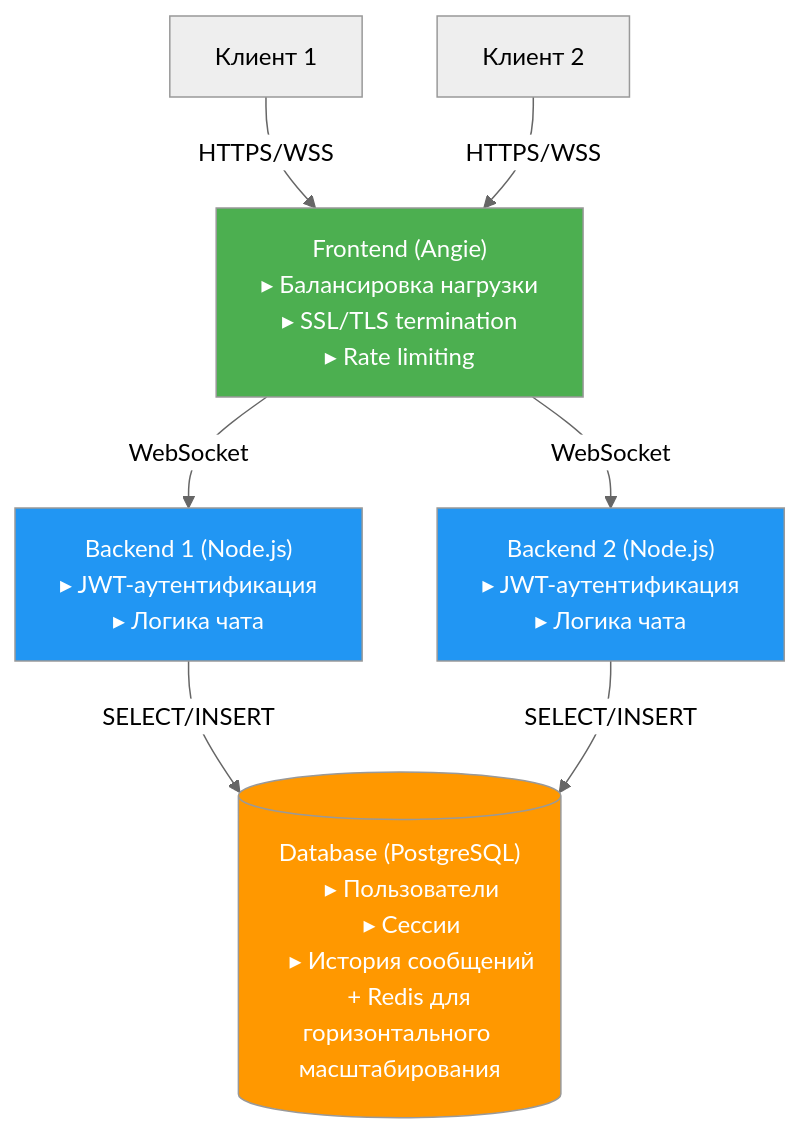
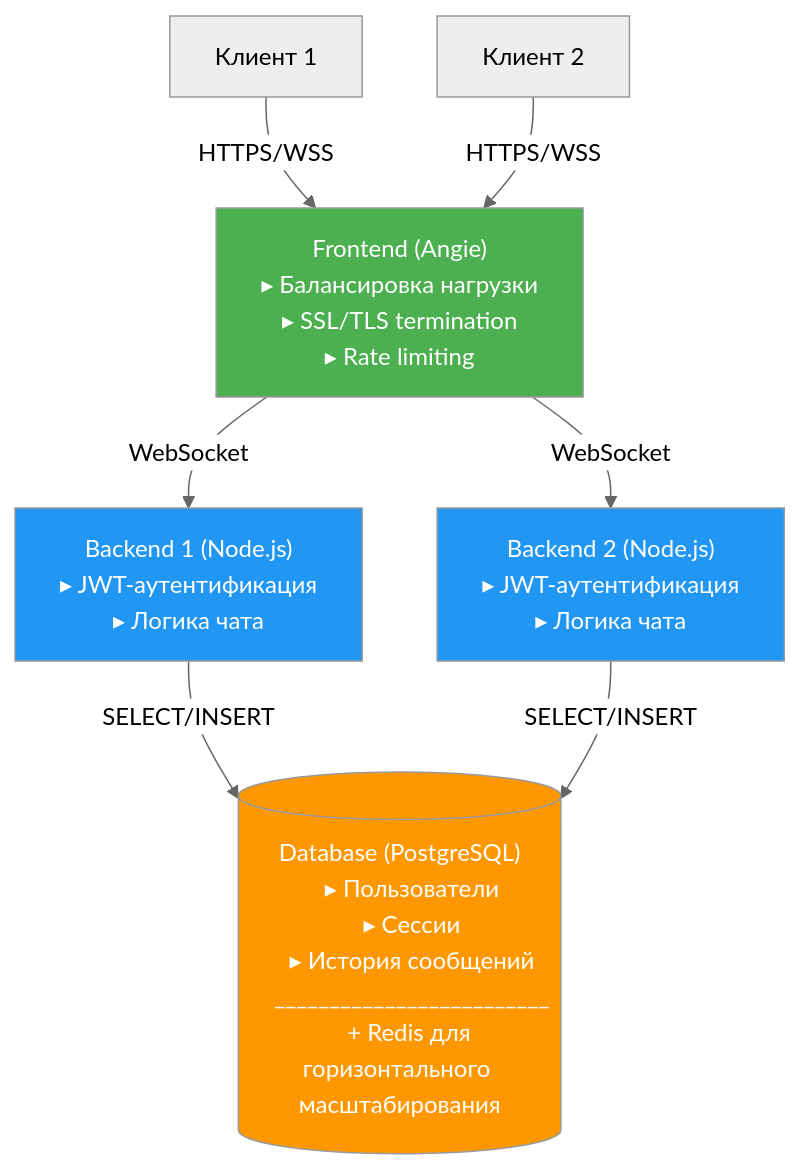
One commit to dbereznoy/diplom-angie changed the diagram in README.md. Above: the diagram before and after it, drawn with Mermaid (neutral theme).

````diff
--- a/README.md
+++ b/README.md
@@ -3,35 +3,36 @@
 ```mermaid
 graph TD;
     Client1[Клиент 1] -->|HTTPS/WSS| Frontend;
     Client2[Клиент 2] -->|HTTPS/WSS| Frontend;
     
     Frontend["Frontend (Angie)
     ▸ Балансировка нагрузки
     ▸ SSL/TLS termination
     ▸ Rate limiting"];
     
     Frontend -->|WebSocket| Backend1;
     Frontend -->|WebSocket| Backend2;
     
     Backend1["Backend 1 (Node.js)
     ▸ JWT-аутентификация
     ▸ Логика чата"];
     
     Backend2["Backend 2 (Node.js)
     ▸ JWT-аутентификация
     ▸ Логика чата"];
     
     Backend1 -->|SELECT/INSERT| Database;
     Backend2 -->|SELECT/INSERT| Database;
     
     Database[("Database (PostgreSQL)
     ▸ Пользователи
     ▸ Сессии
     ▸ История сообщений
+    _________________________
     + Redis для горизонтального масштабирования")];
     
     style Frontend fill:#4CAF50,color:white
     style Backend1 fill:#2196F3,color:white
     style Backend2 fill:#2196F3,color:white
     style Database fill:#FF9800,color:white
 ```
````
